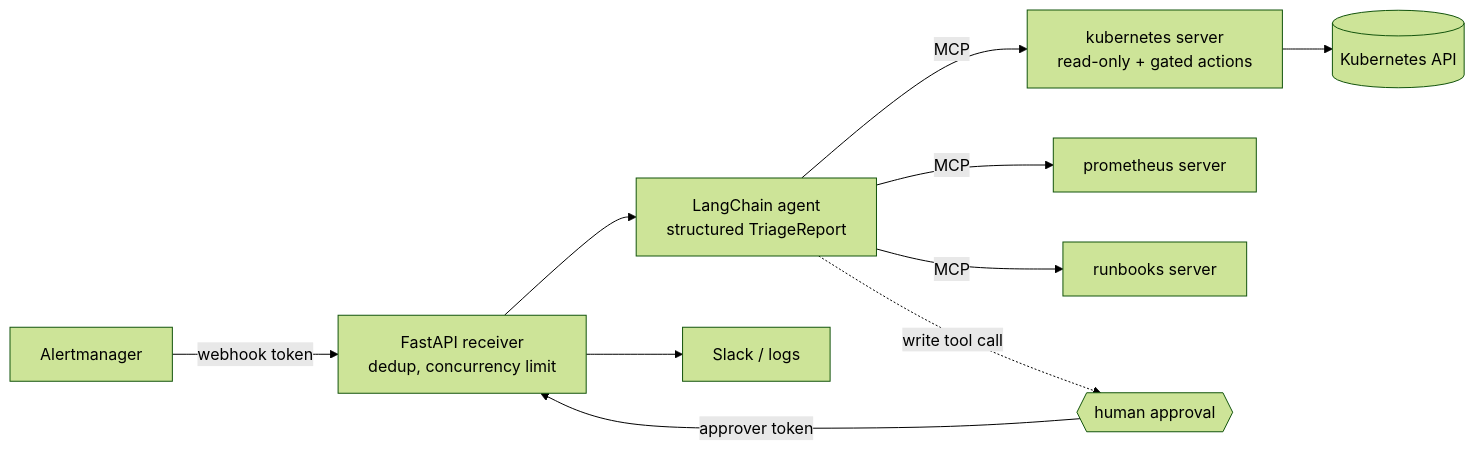
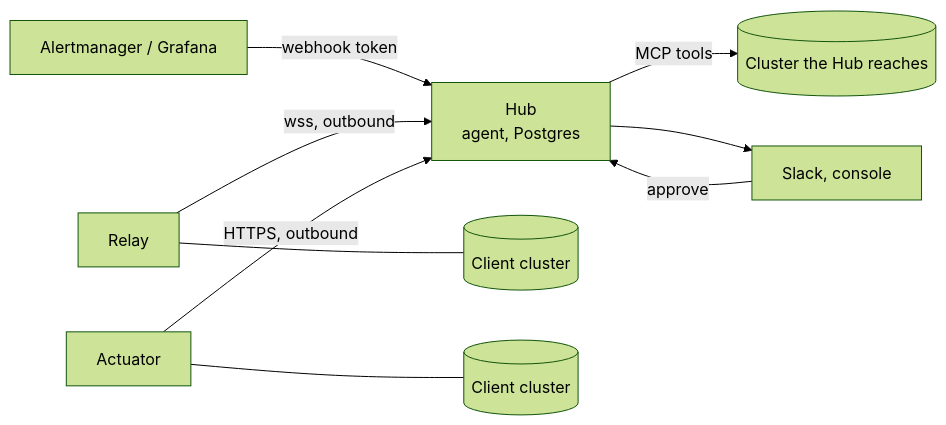
Before and after one commit to alexboscolo954/aiops-sre-agent: the diagram in README.md, drawn with Mermaid (forest theme). The commit also changed other lines of this file and 12 other files, not shown here.

````diff
--- a/README.md
+++ b/README.md
@@ -10,12 +21,11 @@
 ```mermaid
 flowchart LR
-  am[Alertmanager] -->|webhook token| api[FastAPI receiver<br/>dedup, concurrency limit]
-  api --> ag[LangChain agent<br/>structured TriageReport]
-  ag -->|MCP| k8s[kubernetes server<br/>read-only + gated actions]
-  ag -->|MCP| prom[prometheus server]
-  ag -->|MCP| rb[runbooks server]
-  ag -. write tool call .-> hitl{{human approval}}
-  hitl -->|approver token| api
-  api --> slack[Slack / logs]
-  k8s --> cluster[(Kubernetes API)]
+  am[Alertmanager / Grafana] -->|webhook token| hub[Hub<br/>agent, Postgres]
+  hub -->|MCP tools| direct[(Cluster the Hub reaches)]
+  relay[Relay] -->|wss, outbound| hub
+  relay --- edge[(Client cluster)]
+  act[Actuator] -->|HTTPS, outbound| hub
+  act --- prod[(Client cluster)]
+  hub --> slack[Slack, console]
+  slack -->|approve| hub
 ```
````
